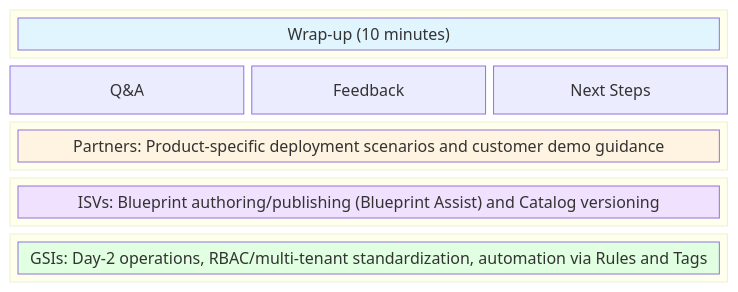
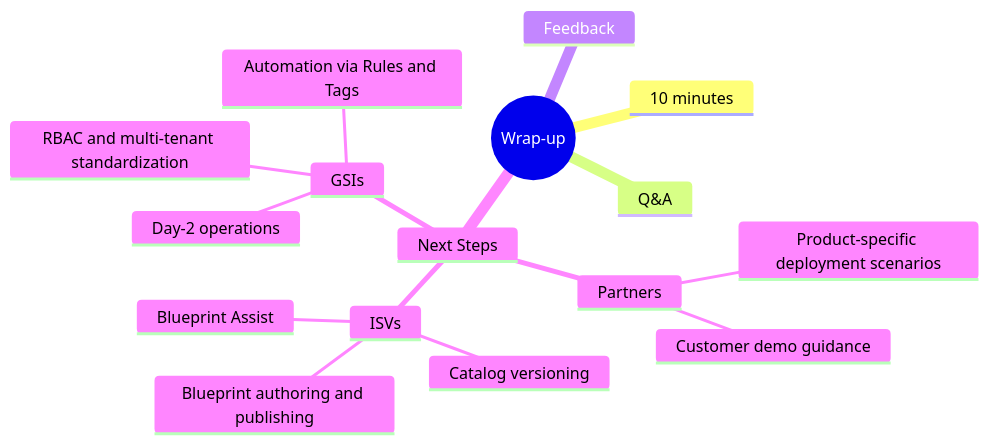
One commit to tme-tech-ops/take-it-for-a-spin-partner-training changed the diagram in docs/Instructor_Screen_Flow/slide_09_wrapup.mmd. Above: the diagram before and after it, drawn with Mermaid. The commit also changed 9 other files, not shown here.

First line of the commit message:
Convert diagrams to mindmap format with minimal boxes

```diff
--- a/docs/Instructor_Screen_Flow/slide_09_wrapup.mmd
+++ b/docs/Instructor_Screen_Flow/slide_09_wrapup.mmd
@@ -1,27 +1,17 @@
-block-beta
-    columns 3
-    
-    block:header:3
-        A["Wrap-up (10 minutes)"]
-    end
-    
-    B["Q&A"]
-    C["Feedback"]
-    D["Next Steps"]
-    
-    block:partners:3
-        E["Partners: Product-specific deployment scenarios and customer demo guidance"]
-    end
-    
-    block:isvs:3
-        F["ISVs: Blueprint authoring/publishing (Blueprint Assist) and Catalog versioning"]
-    end
-    
-    block:gsis:3
-        G["GSIs: Day-2 operations, RBAC/multi-tenant standardization, automation via Rules and Tags"]
-    end
-
-    style A fill:#e1f5ff
-    style E fill:#fff4e1
-    style F fill:#f0e1ff
-    style G fill:#e1ffe1
+mindmap
+  root((Wrap-up))
+    10 minutes
+    Q&A
+    Feedback
+    Next Steps
+      Partners
+        Product-specific deployment scenarios
+        Customer demo guidance
+      ISVs
+        Blueprint authoring and publishing
+        Blueprint Assist
+        Catalog versioning
+      GSIs
+        Day-2 operations
+        RBAC and multi-tenant standardization
+        Automation via Rules and Tags
```
